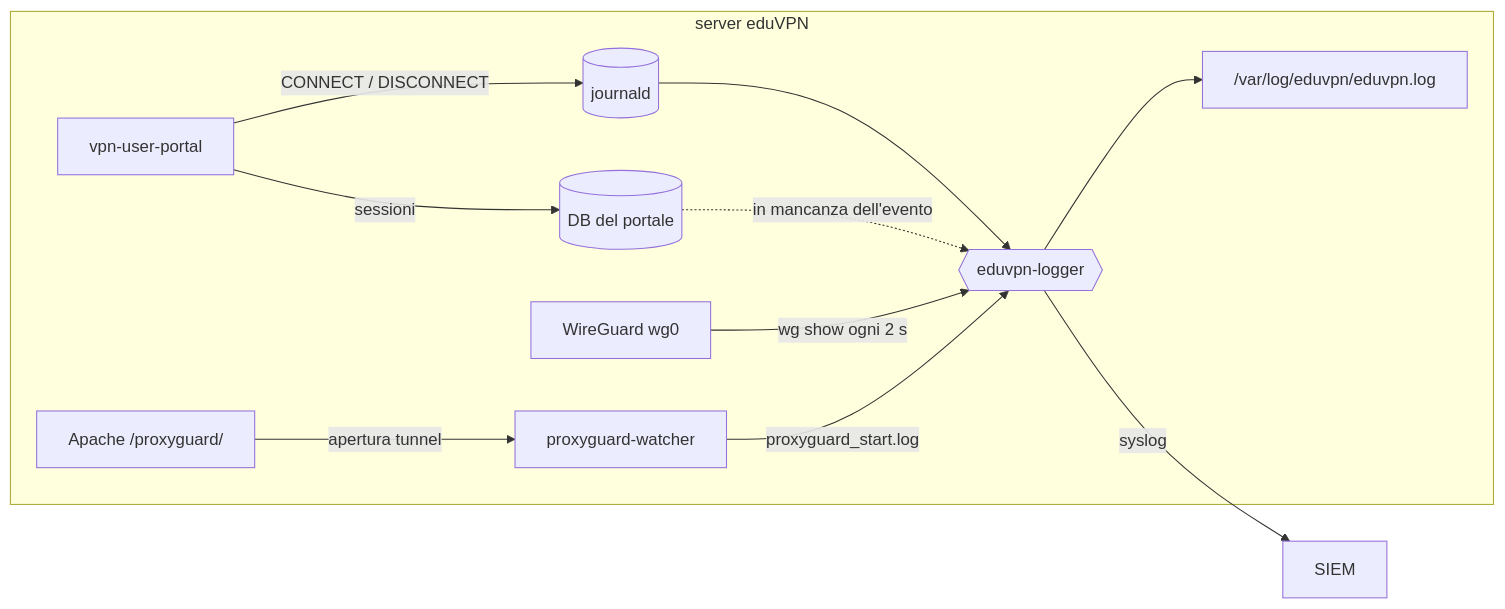
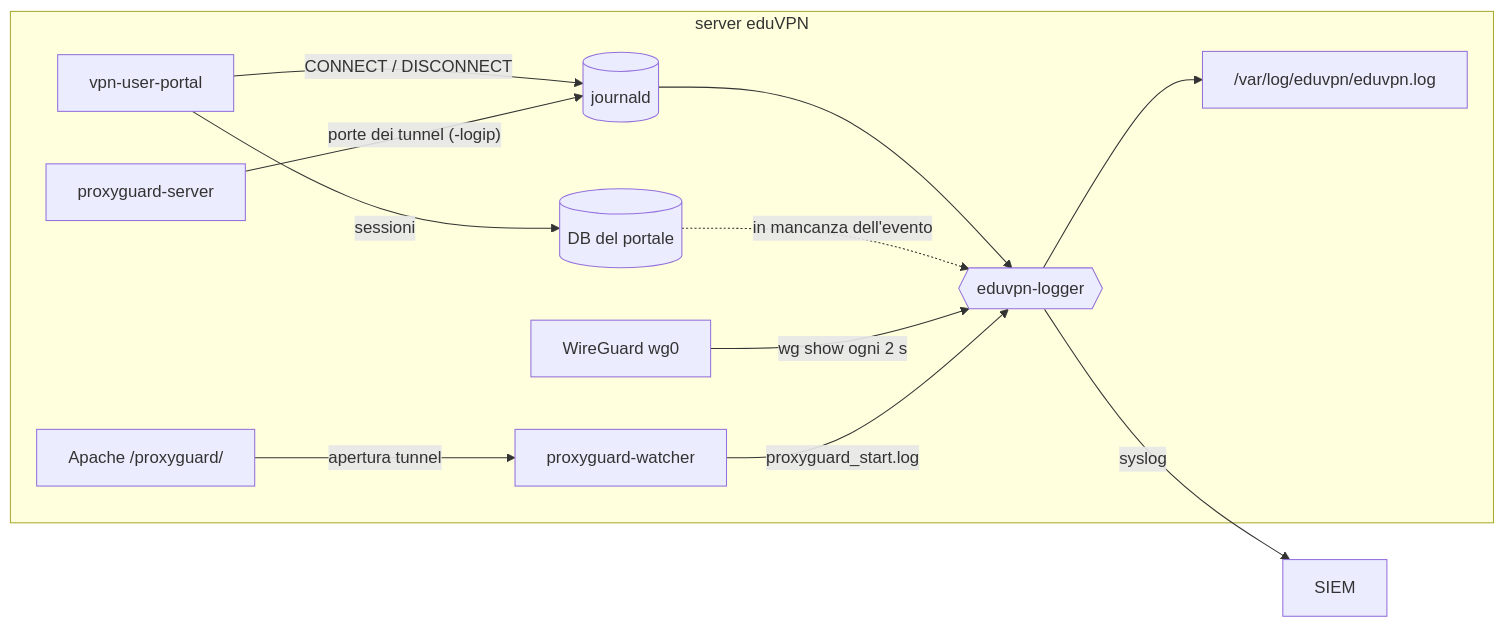
One commit to giacomocamata/eduvpn-logger changed the first of 2 diagrams in README.it.md. Above: the diagram before and after it, drawn with Mermaid. The commit also changed other lines of this file and 5 other files, not shown here.

First line of the commit message:
Sorgenti ProxyGuard esatte: abbinamento per porta con proxyguard-server -logip e [pgport] di Apache

````diff
--- a/README.it.md
+++ b/README.it.md
@@ -141,15 +152,16 @@
 ```mermaid
 flowchart LR
     subgraph server["server eduVPN"]
         portal["vpn-user-portal"] -->|"CONNECT / DISCONNECT"| journal[("journald")]
         portal -->|"sessioni"| db[("DB del portale")]
         apache["Apache /proxyguard/"] -->|"apertura tunnel"| watcher["proxyguard-watcher"]
+        pgs["proxyguard-server"] -->|"porte dei tunnel (-logip)"| journal
         wg["WireGuard wg0"]
         journal --> logger{{"eduvpn-logger"}}
         db -.->|"in mancanza dell'evento"| logger
         wg -->|"wg show ogni 2 s"| logger
         watcher -->|"proxyguard_start.log"| logger
         logger --> file["/var/log/eduvpn/eduvpn.log"]
     end
     logger -->|"syslog"| siem["SIEM"]
 ```
````
